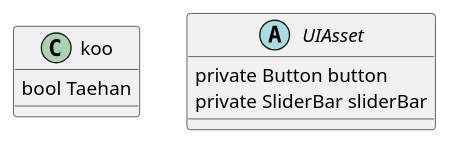
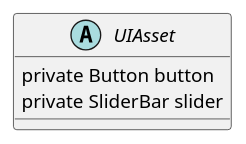
The diagram in lunchSelector/src/lunchSelector.puml (KodaSystem/Koda), drawn with PlantUML before and after one commit.

```diff
--- a/lunchSelector/src/lunchSelector.puml
+++ b/lunchSelector/src/lunchSelector.puml
@@ -1,13 +1,9 @@
 @startuml
 'https://plantuml.com/class-diagram
 
-class koo {
-    bool Taehan
-}
-
 abstract class UIAsset {
     private Button button
-    private SliderBar sliderBar
+    private SliderBar slider
 }
 
 @enduml
```
